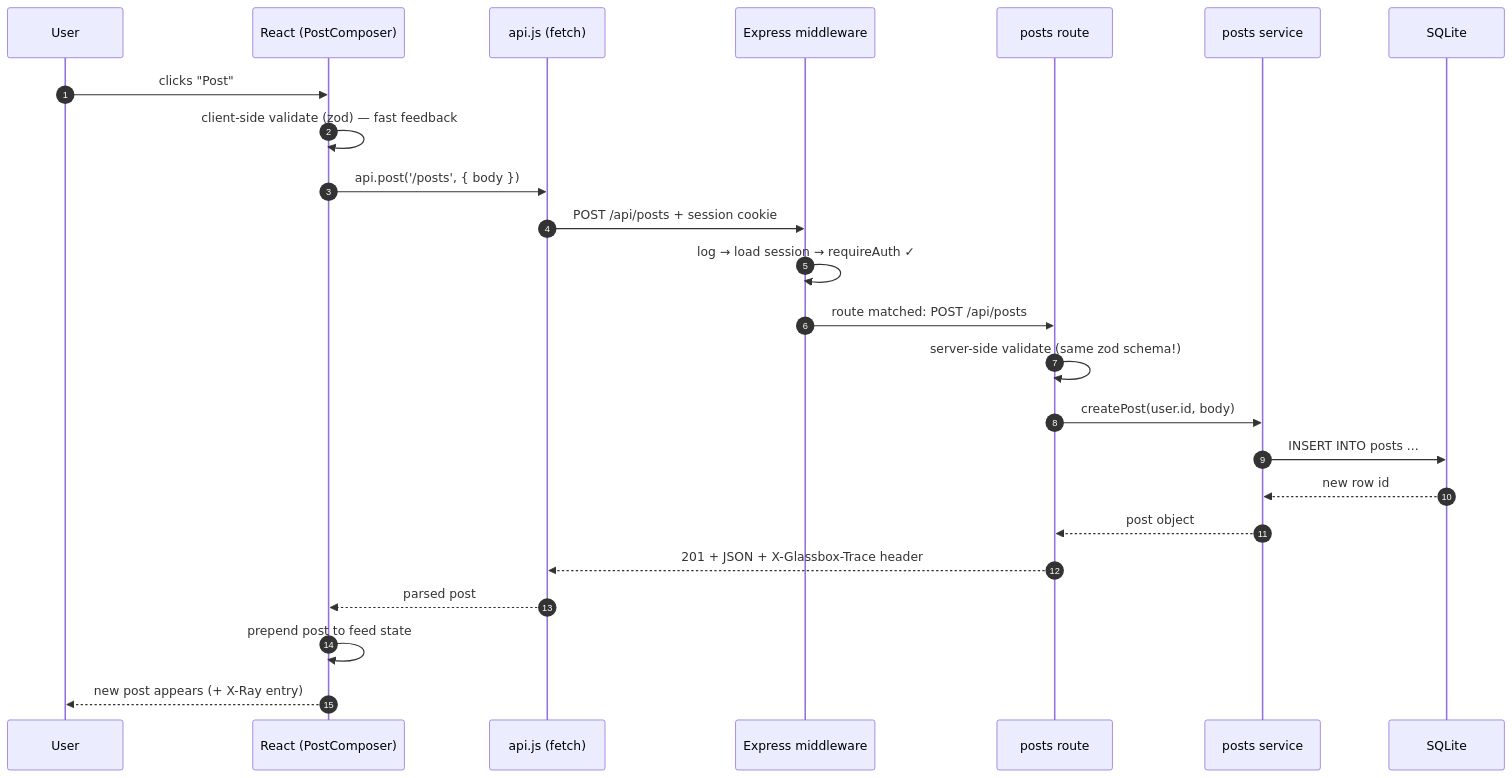
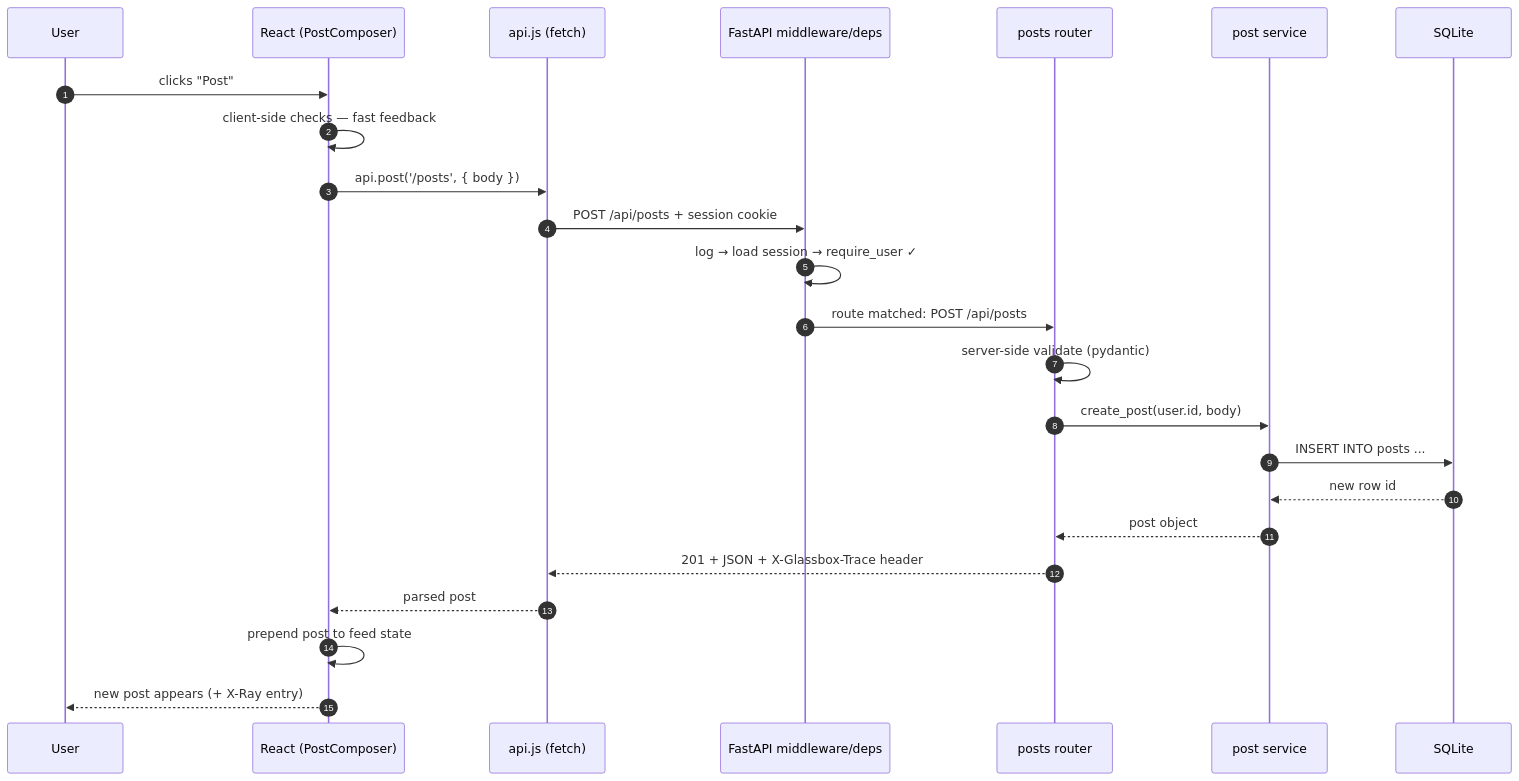
One commit to dannyyampik/learnig_app_se changed the fifth of 5 diagrams in DESIGN.md. Above: the diagram before and after it, drawn with Mermaid. The commit also changed other lines of this file, not shown here.

First line of the commit message:
Switch backend design to Python + FastAPI; record review decisions

````diff
--- a/DESIGN.md
+++ b/DESIGN.md
@@ -338,27 +362,27 @@
 ```mermaid
 sequenceDiagram
     autonumber
     participant U as User
     participant R as React (PostComposer)
     participant F as api.js (fetch)
-    participant M as Express middleware
-    participant C as posts route
-    participant S as posts service
+    participant M as FastAPI middleware/deps
+    participant C as posts router
+    participant S as post service
     participant D as SQLite
 
     U->>R: clicks "Post"
-    R->>R: client-side validate (zod) — fast feedback
+    R->>R: client-side checks — fast feedback
     R->>F: api.post('/posts', { body })
     F->>M: POST /api/posts + session cookie
-    M->>M: log → load session → requireAuth ✓
+    M->>M: log → load session → require_user ✓
     M->>C: route matched: POST /api/posts
-    C->>C: server-side validate (same zod schema!)
-    C->>S: createPost(user.id, body)
+    C->>C: server-side validate (pydantic)
+    C->>S: create_post(user.id, body)
     S->>D: INSERT INTO posts ...
     D-->>S: new row id
     S-->>C: post object
     C-->>F: 201 + JSON + X-Glassbox-Trace header
     F-->>R: parsed post
     R->>R: prepend post to feed state
     R-->>U: new post appears (+ X-Ray entry)
 ```
````
